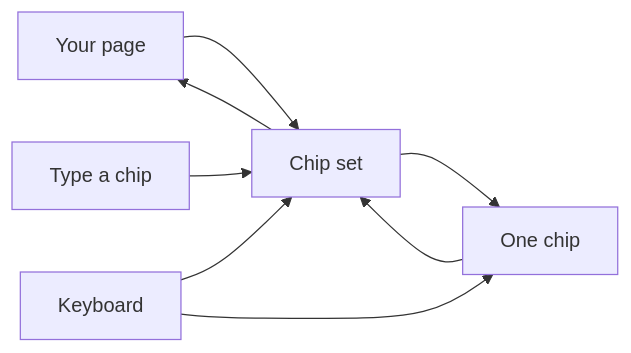
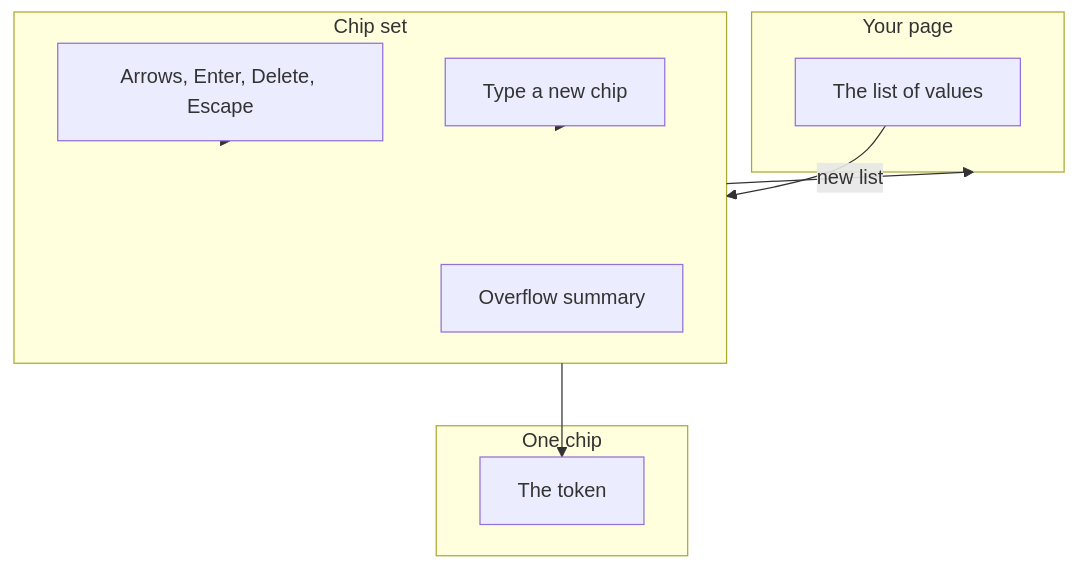
The first of 4 diagrams in projects/pixel-ui/src/lib/pixel-chip/DESIGN.md (RajshekharBorate/pixel-ui), drawn with Mermaid before and after one commit. The commit also changed other lines of this file and 73 other files, not shown here.

Commit message:
Explain who owns each value and what each flow does in every component and service design.

````diff
--- a/projects/pixel-ui/src/lib/pixel-chip/DESIGN.md
+++ b/projects/pixel-ui/src/lib/pixel-chip/DESIGN.md
@@ -18,15 +20,19 @@
 ```mermaid
-flowchart LR
-  page["Your page"]
-  set["Chip set"]
-  chip["One chip"]
-  input["Type a chip"]
-  keys["Keyboard"]
-  page --> set
-  set --> chip
-  keys --> set
-  keys --> chip
-  chip --> set
-  set --> page
-  input --> set
+flowchart TB
+  subgraph page [Your page]
+    Items[The list of values]
+  end
+  subgraph set [Chip set]
+    Keys[Arrows, Enter, Delete, Escape]
+    Field[Type a new chip]
+    Overflow[Overflow summary]
+  end
+  subgraph chip [One chip]
+    Token[The token]
+  end
+  Items --> set
+  set --> Token
+  Keys --> set
+  Field --> set
+  set -->|new list| page
 ```
````
